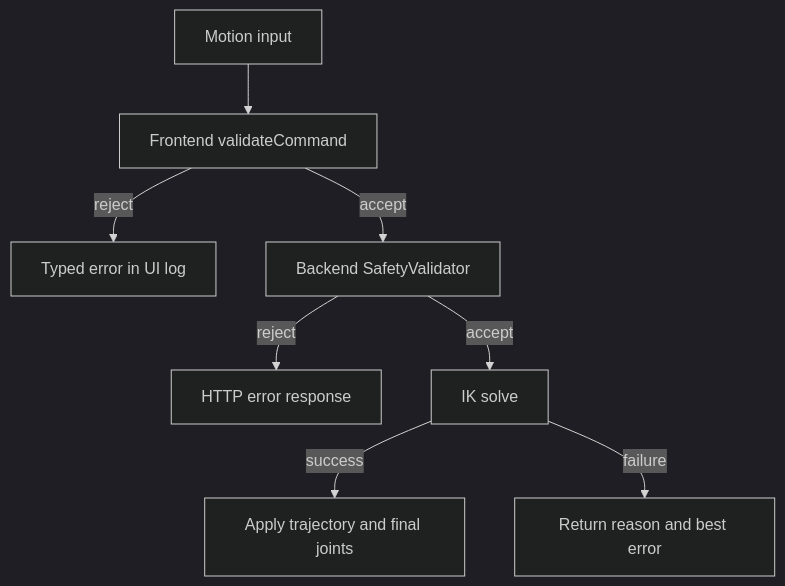
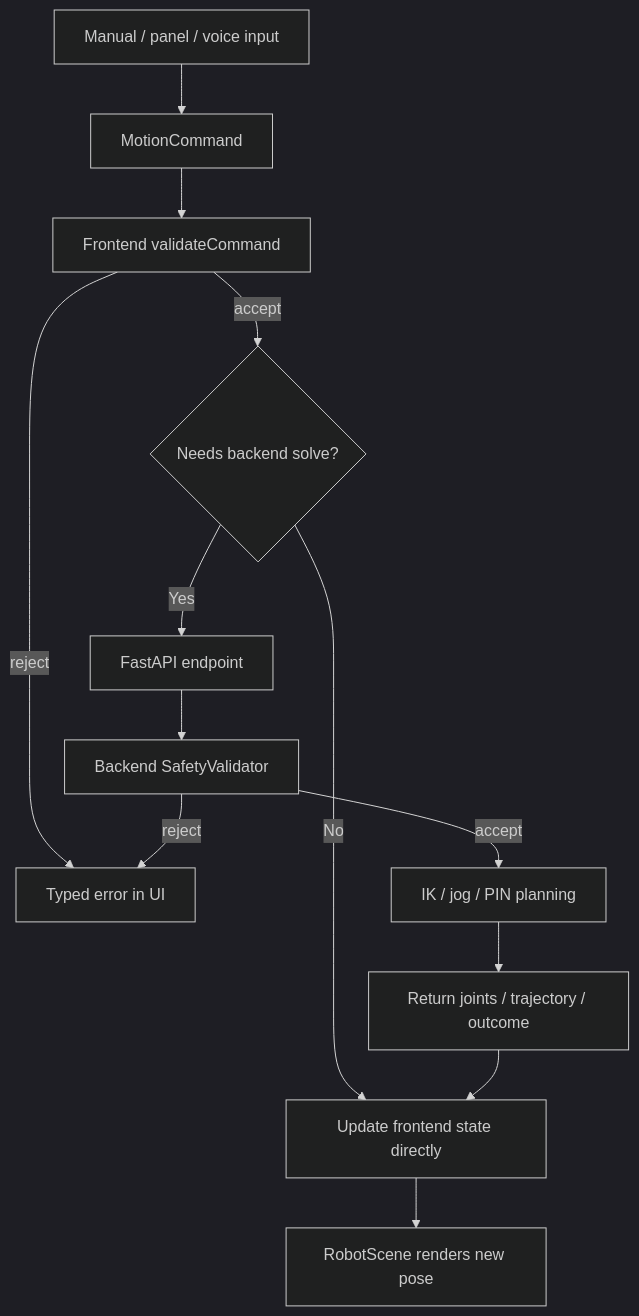
One commit to ShafayetSadi/iut-techathon-onsite changed the second of 2 diagrams in docs/architecture.md. Above: the diagram before and after it, drawn with Mermaid (dark theme). The commit also changed other lines of this file and 2 other files, not shown here.

Commit message:
docs: updated architecture and readme

````diff
--- a/docs/architecture.md
+++ b/docs/architecture.md
@@ -241,10 +71,16 @@
 ```mermaid
 flowchart TD
-    Input[Motion input] --> FrontendGate[Frontend validateCommand]
-    FrontendGate -->|reject| UIError[Typed error in UI log]
-    FrontendGate -->|accept| BackendGate[Backend SafetyValidator]
-    BackendGate -->|reject| APIError[HTTP error response]
-    BackendGate -->|accept| IK[IK solve]
-    IK -->|success| Apply[Apply trajectory and final joints]
-    IK -->|failure| Failure[Return reason and best error]
+    Input[Manual / panel / voice input] --> Command[MotionCommand]
+    Command --> Validate[Frontend validateCommand]
+    Validate -->|reject| Reject[Typed error in UI]
+    Validate -->|accept| Exec{Needs backend solve?}
+
+    Exec -->|No| Local[Update frontend state directly]
+    Exec -->|Yes| Backend[FastAPI endpoint]
+    Backend --> Safety[Backend SafetyValidator]
+    Safety -->|reject| Reject
+    Safety -->|accept| Plan[IK / jog / PIN planning]
+    Plan --> Apply[Return joints / trajectory / outcome]
+    Apply --> Local
+    Local --> Scene[RobotScene renders new pose]
 ```
````
